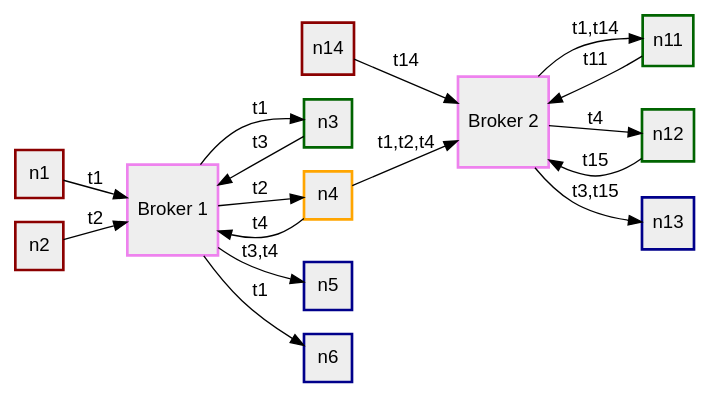
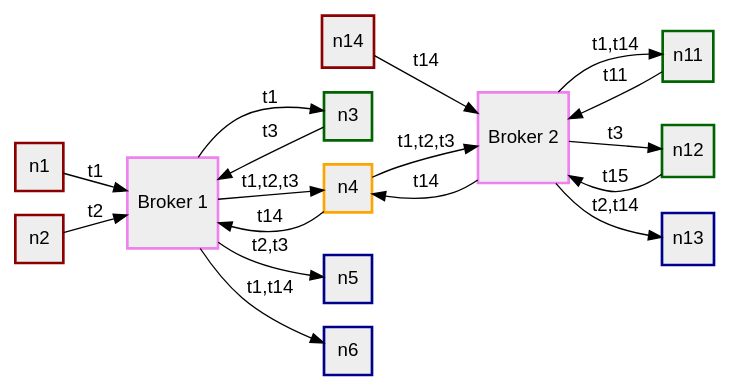
One commit to MADS-NET/mads-net.github.io changed the third of 8 diagrams in presentations/gorini.qmd. Above: the diagram before and after it, drawn with Graphviz.

Commit message:
Update graph labels in Gorini presentation for clarity

````diff
--- a/presentations/gorini.qmd
+++ b/presentations/gorini.qmd
@@ -383,75 +383,76 @@
 ```{dot}
 //| fig-width: 8
 //| fig-height: 5.0
 //| out-height: "540px"
 //| fig-align: center
 digraph mq {
   graph [
     layout=dot,
     overlap=false,
     rankdir=LR
   ]
   node[
     shape=square, 
     penwidth=2,
     fontname="Arial", 
     style=filled, 
     fillcolor="#eeeeee"
   ]
   edge [fontname="Arial", len=1.3]
 
   subgraph N1 {
     B1 [label="Broker 1", color=violet]
 
     // sources
     node [color=darkred]
     n1
     n2
     n1 -> B1 [label=t1]
     n2 -> B1 [label=t2]
 
     // filters
     node [color=darkgreen]
     n3
     n4 [color=orange]
     n3 -> B1 [label=t3]
     B1 -> n3 [label=t1]
-    n4 -> B1 [label=t4]
-    B1 -> n4 [label=t2]
+    n4 -> B1 [label=t14]
+    B1 -> n4 [label="t1,t2,t3"]
 
     // sinks
     node [color=darkblue]
     n5
     n6
-    B1 -> n5 [label="t3,t4"]
-    B1 -> n6 [label="t1"]
+    B1 -> n5 [label="t2,t3"]
+    B1 -> n6 [label="t1,t14"]
   }
 
   subgraph N2 {
     B2 [label="Broker 2", color=violet]
 
     // sources
     node [color=darkred]
     n14
     n14 -> B2 [label=t14]
 
     // filters
     node [color=darkgreen]
     n11
     n12
     n11 -> B2 [label=t11]
     B2 -> n11 [label="t1,t14"]
     n12 -> B2 [label=t15]
-    B2 -> n12 [label=t4]
+    B2 -> n12 [label=t3]
 
     // sinks
     node [color=darkblue]
     n13
-    B2 -> n13 [label="t3,t15"]
+    B2 -> n13 [label="t2,t14"]
 
   }
   
-  n4 -> B2 [label="t1,t2,t4"]
+  n4 -> B2 [label="t1,t2,t3"]
+  B2 -> n4 [label="t14"]
 
 }
 ```
````
